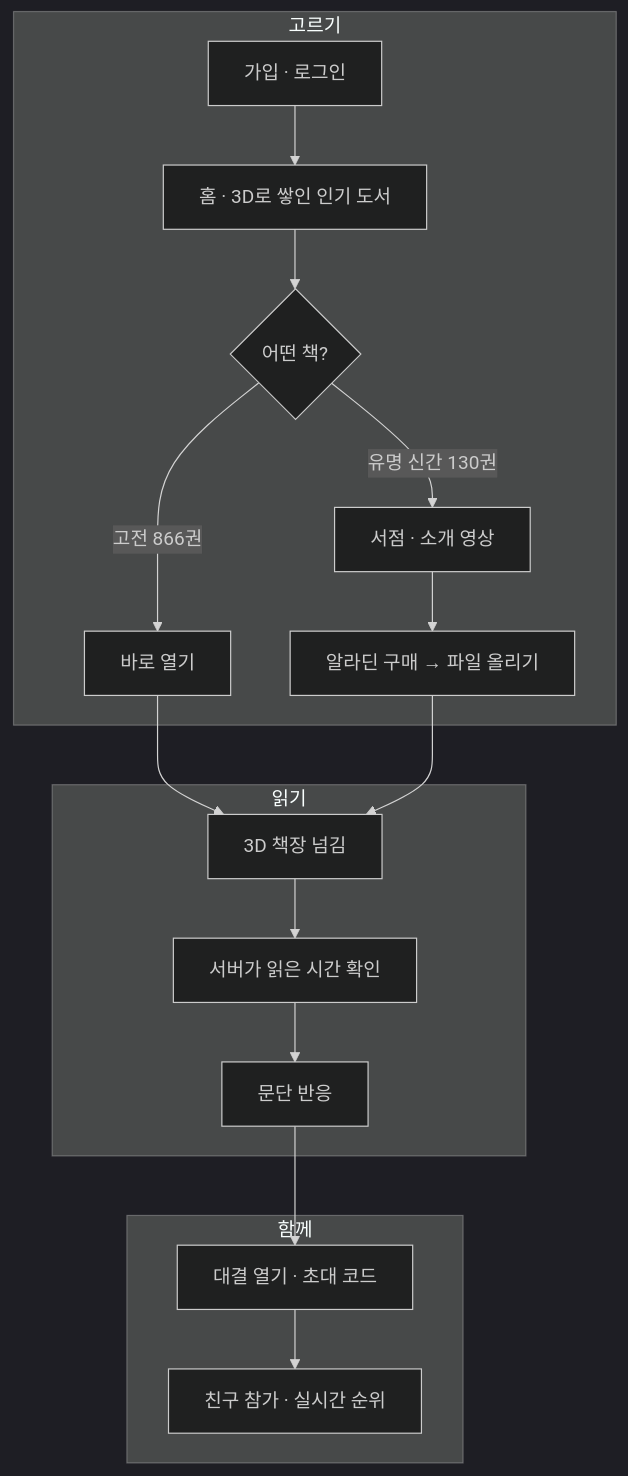
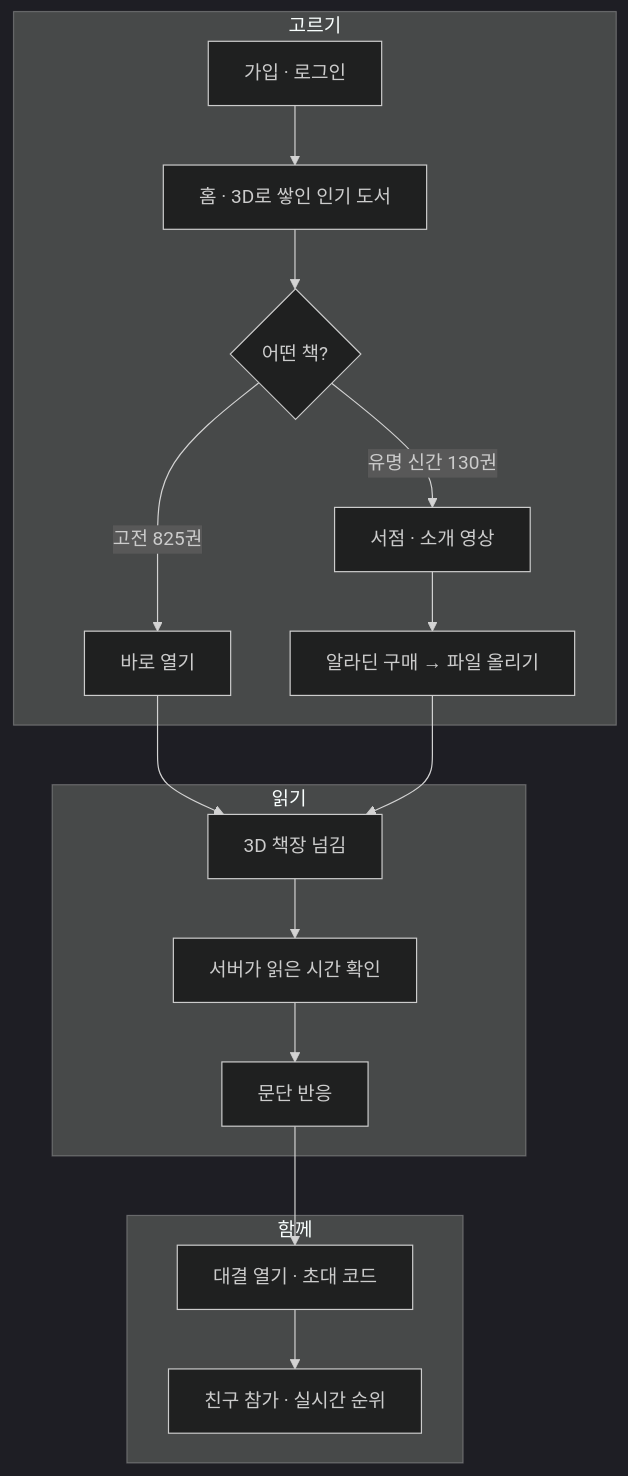
Before and after one commit to 10x4hs/Saipr_project: the first of 2 diagrams in README.md, drawn with Mermaid (dark theme). The commit also changed other lines of this file and 6 other files, not shown here.

````diff
--- a/README.md
+++ b/README.md
@@ -29,18 +29,18 @@
 ```mermaid
 flowchart TB
     subgraph 고르기
         A[가입 · 로그인] --> B[홈 · 3D로 쌓인 인기 도서]
         B --> C{어떤 책?}
-        C -->|고전 866권| D[바로 열기]
+        C -->|고전 825권| D[바로 열기]
         C -->|유명 신간 130권| E[서점 · 소개 영상] --> F[알라딘 구매 → 파일 올리기]
     end
     subgraph 읽기
         H[3D 책장 넘김] --> V[서버가 읽은 시간 확인] --> R[문단 반응]
     end
     subgraph 함께
         I[대결 열기 · 초대 코드] --> K[친구 참가 · 실시간 순위]
     end
     D --> H
     F --> H
     R --> I
 ```
````
